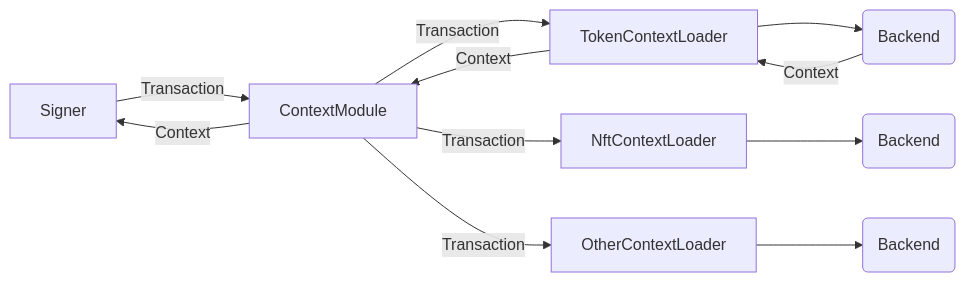
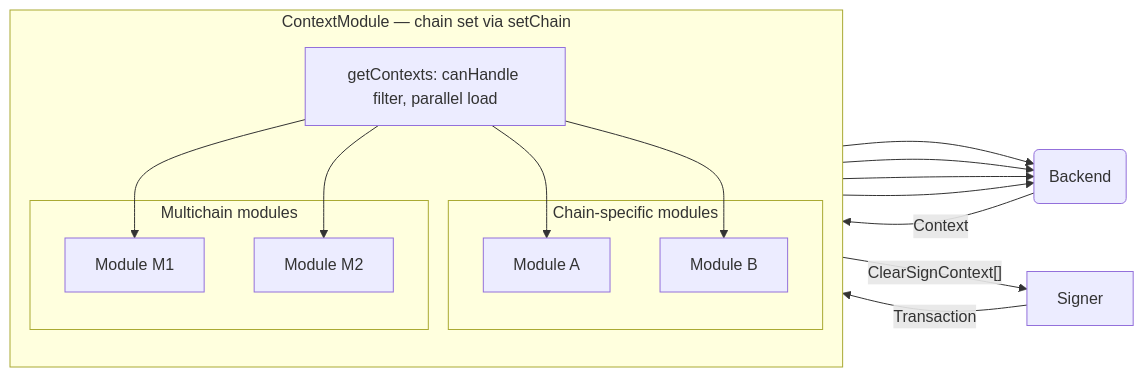
Before and after one commit to LedgerHQ/device-sdk-ts: the diagram in packages/signer/context-module/README.md, drawn with Mermaid. The commit also changed other lines of this file and 102 other files, not shown here.

Commit message:
🎨 (context-module): Improved multichain modules structure

````diff
--- a/packages/signer/context-module/README.md
+++ b/packages/signer/context-module/README.md
@@ -18,13 +23,31 @@
 ```mermaid
-  flowchart LR;
-      Signer --Transaction--> ContextModule
-      ContextModule --Transaction--> TokenContextLoader
-      ContextModule --Transaction--> NftContextLoader
-      ContextModule --Transaction--> OtherContextLoader
-      TokenContextLoader --> Backend1(Backend)
-      NftContextLoader --> Backend2(Backend)
-      OtherContextLoader --> Backend3(Backend)
-      Backend1 --Context--> TokenContextLoader
-      TokenContextLoader --Context--> ContextModule
-      ContextModule --Context--> Signer
+flowchart LR
+    Signer --Transaction--> Dispatch
+
+    subgraph CM["ContextModule — chain set via setChain"]
+        direction TB
+        Dispatch["getContexts: canHandle filter, parallel load"]
+
+        subgraph CHAIN["Chain-specific modules"]
+            MA["Module A"]
+            MB["Module B"]
+        end
+
+        subgraph MULTI["Multichain modules"]
+            MM1["Module M1"]
+            MM2["Module M2"]
+        end
+
+        Dispatch --> MA
+        Dispatch --> MB
+        Dispatch --> MM1
+        Dispatch --> MM2
+    end
+
+    MA --> Backend(Backend)
+    MB --> Backend
+    MM1 --> Backend
+    MM2 --> Backend
+    Backend --Context--> CM
+    CM --"ClearSignContext[]"--> Signer
 ```
````
